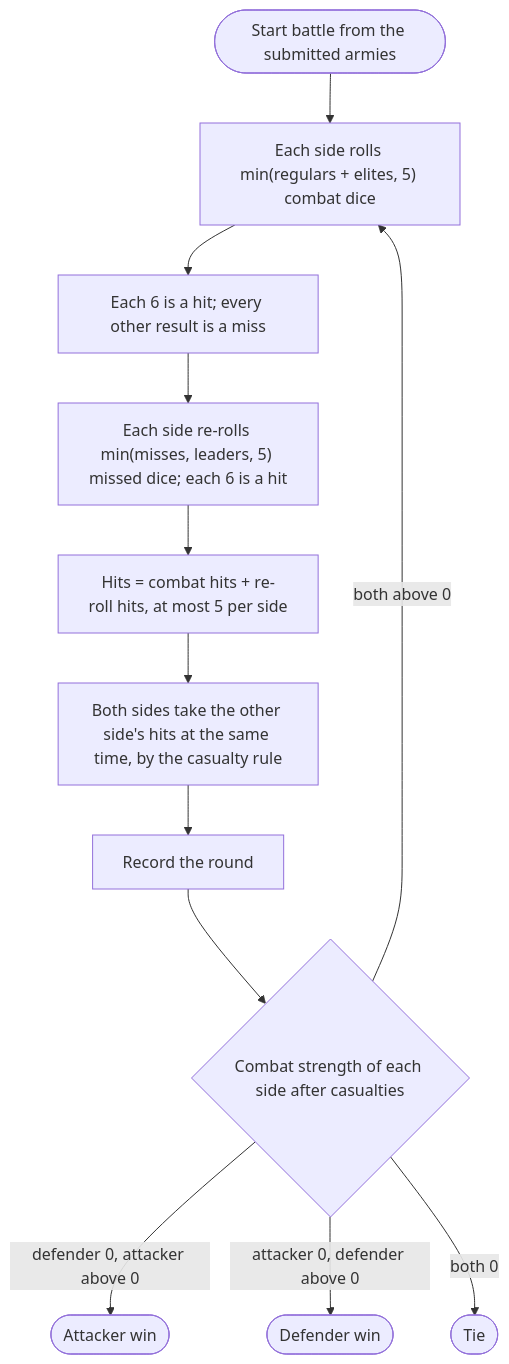
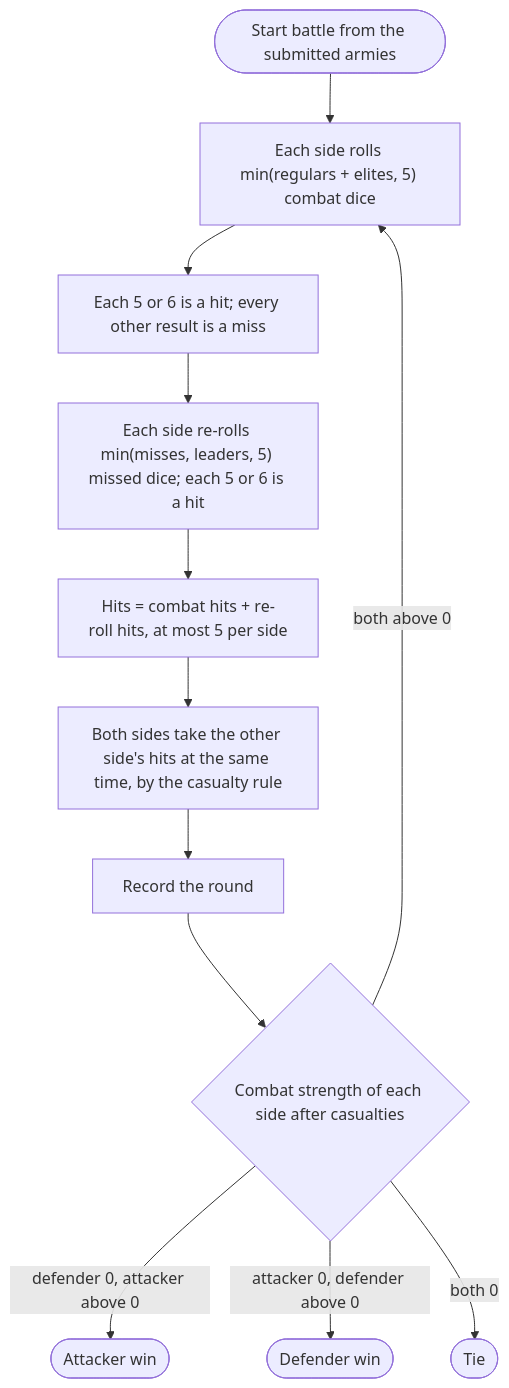
Before and after one commit to NicholasKChoi/WOTR_Combat_Simulator: the diagram in docs/combat-simulator.md, drawn with Mermaid. The commit also changed other lines of this file and 3 other files, not shown here.

````diff
--- a/docs/combat-simulator.md
+++ b/docs/combat-simulator.md
@@ -52,15 +52,15 @@
 ```mermaid
 flowchart TD
     start(["Start battle from the submitted armies"]) --> roll
     roll["Each side rolls min(regulars + elites, 5) combat dice"] --> hit
-    hit["Each 6 is a hit; every other result is a miss"] --> reroll
-    reroll["Each side re-rolls min(misses, leaders, 5) missed dice; each 6 is a hit"] --> total
+    hit["Each 5 or 6 is a hit; every other result is a miss"] --> reroll
+    reroll["Each side re-rolls min(misses, leaders, 5) missed dice; each 5 or 6 is a hit"] --> total
     total["Hits = combat hits + re-roll hits, at most 5 per side"] --> casualties
     casualties["Both sides take the other side's hits at the same time, by the casualty rule"] --> record
     record["Record the round"] --> check
     check{"Combat strength of each side after casualties"}
     check -->|"both above 0"| roll
     check -->|"defender 0, attacker above 0"| attackerWin(["Attacker win"])
     check -->|"attacker 0, defender above 0"| defenderWin(["Defender win"])
     check -->|"both 0"| tie(["Tie"])
 ```
````
